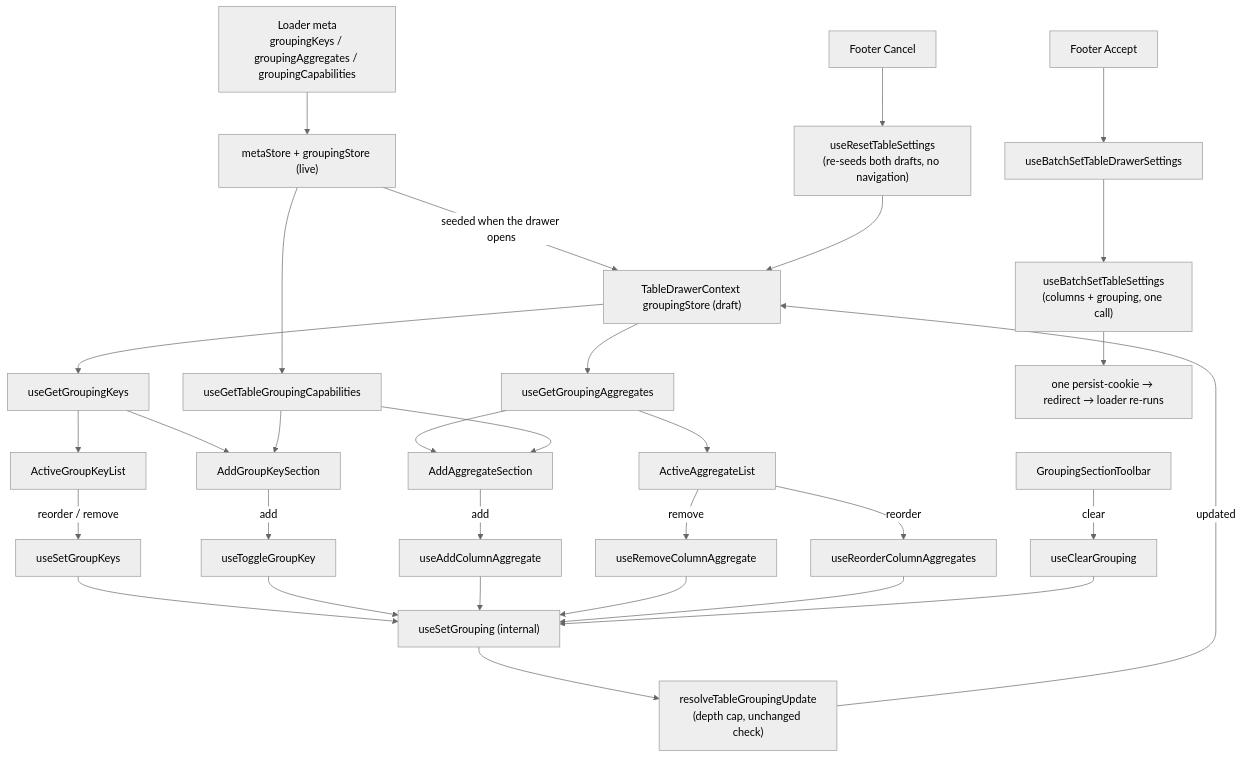
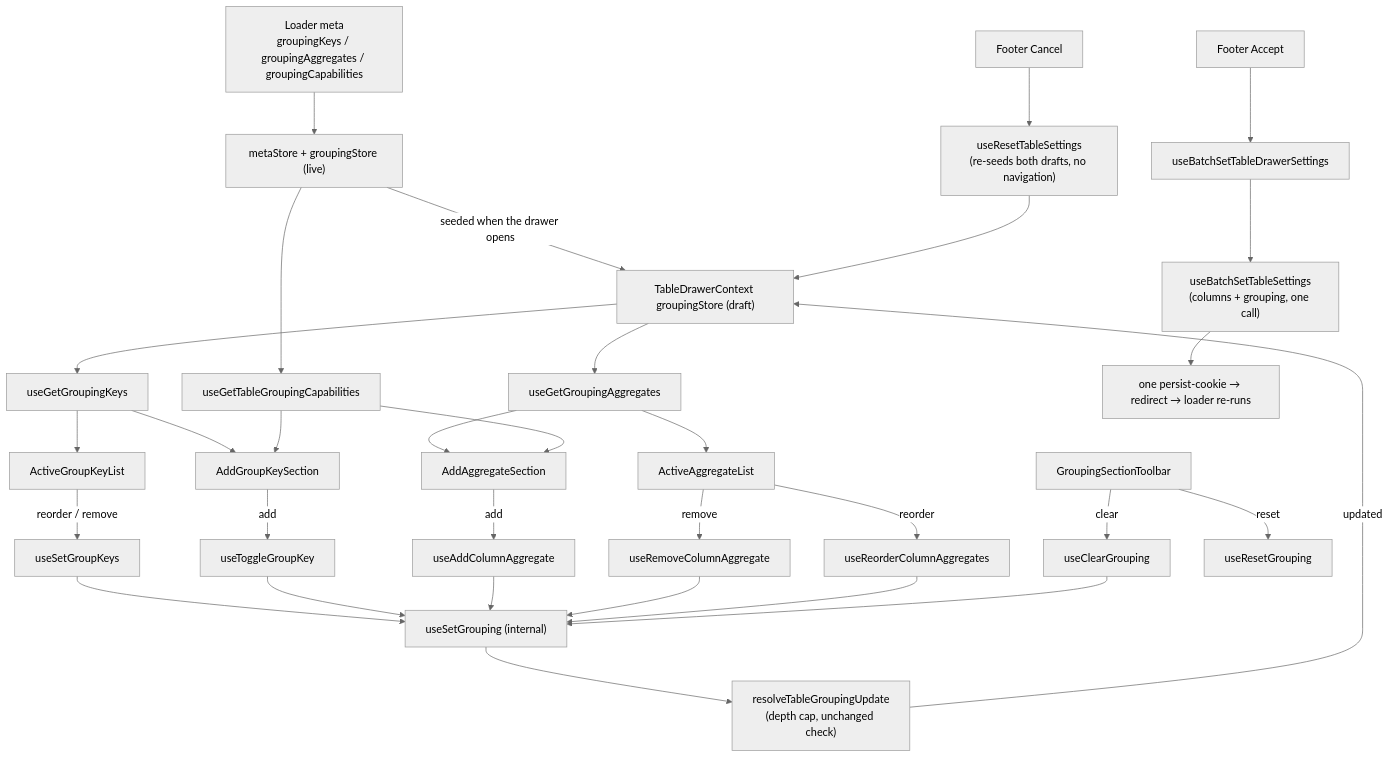
Before and after one commit to luciocabrera/lcabrera-stack: the diagram in packages/ui/src/components/Table/TableSettingsDrawer/GroupingSection/ARCHITECTURE.md, drawn with Mermaid (neutral theme). The commit also changed other lines of this file and 65 other files, not shown here.

````diff
--- a/packages/ui/src/components/Table/TableSettingsDrawer/GroupingSection/ARCHITECTURE.md
+++ b/packages/ui/src/components/Table/TableSettingsDrawer/GroupingSection/ARCHITECTURE.md
@@ -82,37 +82,38 @@
 ```mermaid
 flowchart TD
   A["Loader meta<br/>groupingKeys / groupingAggregates / groupingCapabilities"] --> B["metaStore + groupingStore (live)"]
   B -->|"seeded when the drawer opens"| B2["TableDrawerContext groupingStore (draft)"]
   B2 --> C["useGetGroupingKeys"]
   B2 --> D["useGetGroupingAggregates"]
   B --> E["useGetTableGroupingCapabilities"]
 
   C --> F["ActiveGroupKeyList"]
   C --> G["AddGroupKeySection"]
   D --> H["ActiveAggregateList"]
   D --> I["AddAggregateSection"]
   E --> I
   E --> G
 
   F -->|reorder / remove| J["useSetGroupKeys"]
   G -->|add| K["useToggleGroupKey"]
   H -->|remove| L2["useRemoveColumnAggregate"]
   H -->|reorder| L3["useReorderColumnAggregates"]
   I -->|add| L["useAddColumnAggregate"]
   M["GroupingSectionToolbar"] -->|clear| N["useClearGrouping"]
+  M -->|reset| N2["useResetGrouping"]
 
   J --> O["useSetGrouping (internal)"]
   K --> O
   L --> O
   L2 --> O
   L3 --> O
   N --> O
   O --> P["resolveTableGroupingUpdate<br/>(depth cap, unchanged check)"]
   P -->|updated| B2
 
   R["Footer Accept"] --> S["useBatchSetTableDrawerSettings"]
   S --> T["useBatchSetTableSettings<br/>(columns + grouping, one call)"]
   T --> U["one persist-cookie → redirect → loader re-runs"]
   V["Footer Cancel"] --> W["useResetTableSettings<br/>(re-seeds both drafts, no navigation)"]
   W --> B2
 ```
````
